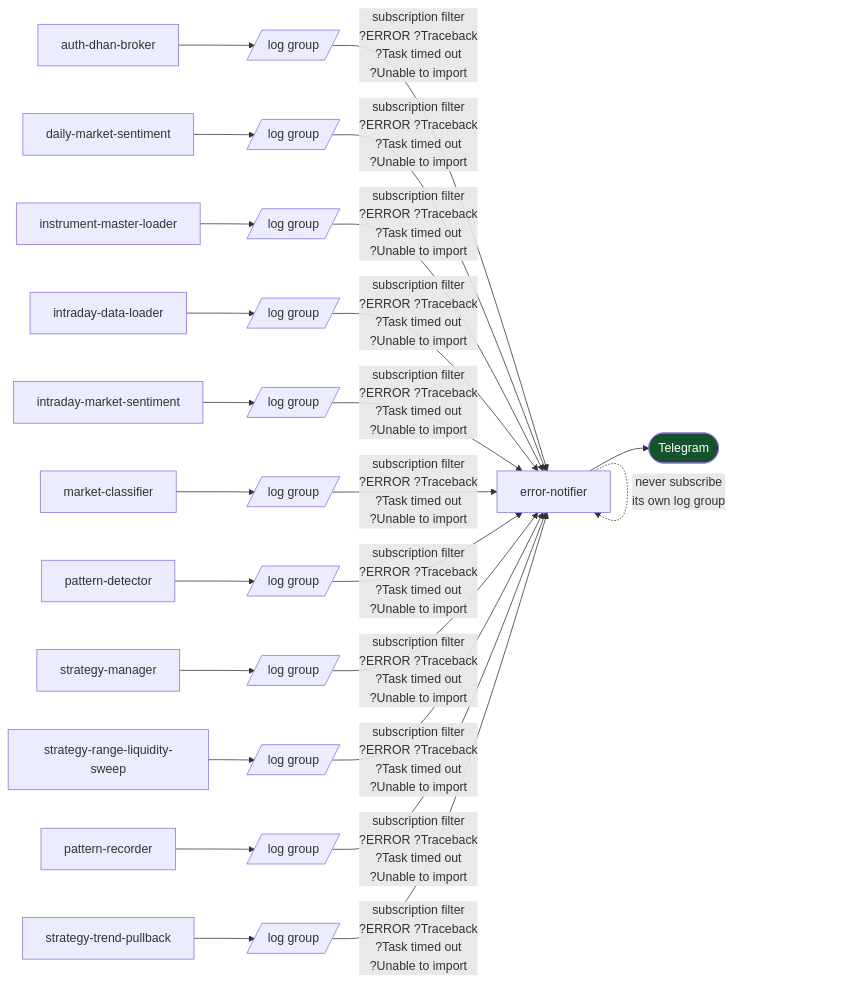
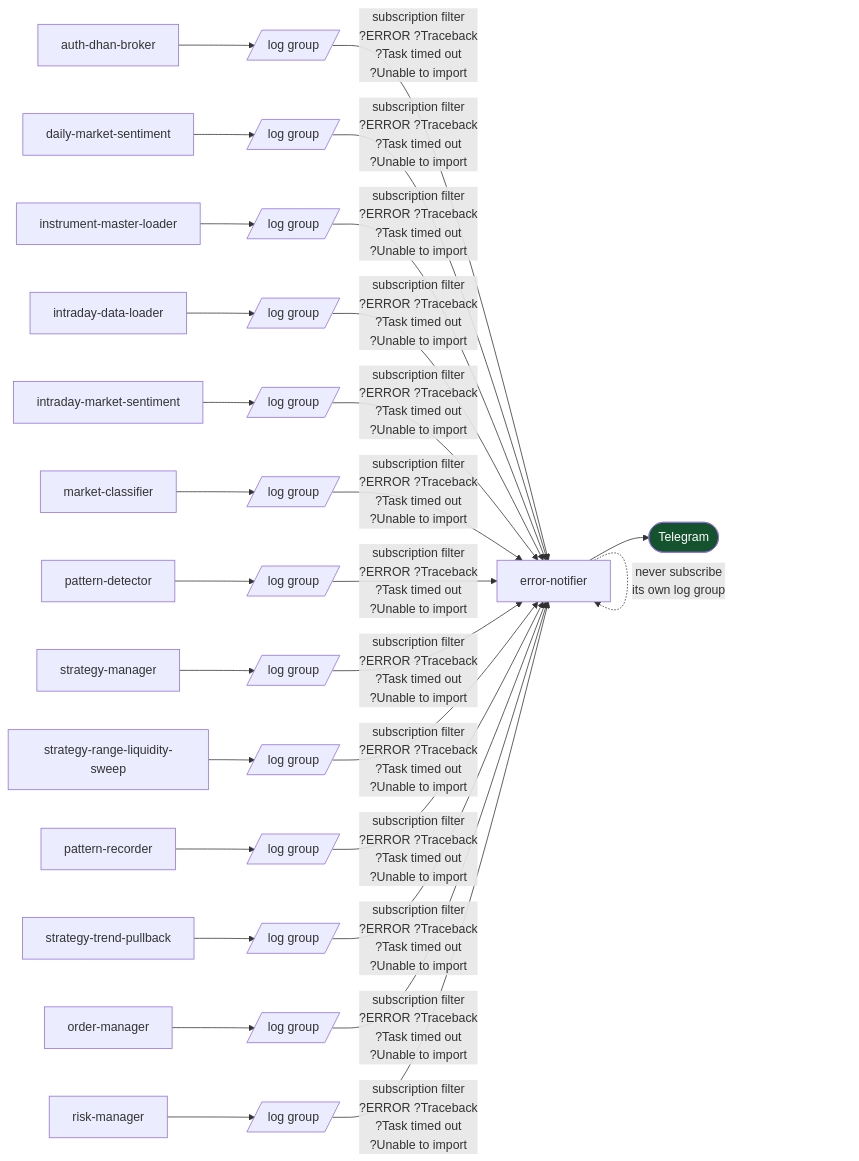
The seventh of 7 diagrams in docs/flow.md (amar7585/aws-algo-claude), drawn with Mermaid before and after one commit. The commit also changed other lines of this file and 4 other files, not shown here.

First line of the commit message:
docs: P2a and P2b - the risk manager in front, trend follows its trades, messages through order-manager

````diff
--- a/docs/flow.md
+++ b/docs/flow.md
@@ -552,20 +585,22 @@
 ```mermaid
 flowchart LR
     F1["auth-dhan-broker"] --> LG1[/"log group"/]
     F2["daily-market-sentiment"] --> LG2[/"log group"/]
     F3["instrument-master-loader"] --> LG3[/"log group"/]
     F4["intraday-data-loader"] --> LG4[/"log group"/]
     F5["intraday-market-sentiment"] --> LG5[/"log group"/]
     F6["market-classifier"] --> LG6[/"log group"/]
     F7["pattern-detector"] --> LG7[/"log group"/]
     F8["strategy-manager"] --> LG8[/"log group"/]
     F9["strategy-range-liquidity-sweep"] --> LG9[/"log group"/]
     F10["pattern-recorder"] --> LG10[/"log group"/]
     F11["strategy-trend-pullback"] --> LG11[/"log group"/]
+    F12["order-manager"] --> LG12[/"log group"/]
+    F13["risk-manager"] --> LG13[/"log group"/]
 
-    LG1 & LG2 & LG3 & LG4 & LG5 & LG6 & LG7 & LG8 & LG9 & LG10 & LG11 -->|"subscription filter<br/>?ERROR ?Traceback<br/>?Task timed out<br/>?Unable to import"| EN["error-notifier"]
+    LG1 & LG2 & LG3 & LG4 & LG5 & LG6 & LG7 & LG8 & LG9 & LG10 & LG11 & LG12 & LG13 -->|"subscription filter<br/>?ERROR ?Traceback<br/>?Task timed out<br/>?Unable to import"| EN["error-notifier"]
     EN --> TG(["Telegram"])
     EN -.->|"never subscribe<br/>its own log group"| EN
 
     style TG fill:#14532d,color:#fff
 ```
````
